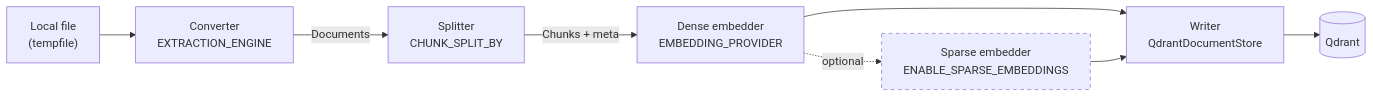
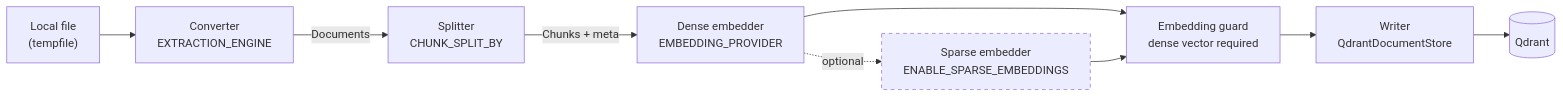
The second of 2 diagrams in README.md (AarhusAI/ingestion-service), drawn with Mermaid before and after one commit. The commit also changed other lines of this file and 12 other files, not shown here.

````diff
--- a/README.md
+++ b/README.md
@@ -54,13 +54,14 @@
 ```mermaid
 flowchart LR
   F["Local file<br/>(tempfile)"] --> C["Converter<br/>EXTRACTION_ENGINE"]
   C -->|Documents| S["Splitter<br/>CHUNK_SPLIT_BY"]
   S -->|Chunks + meta| DE["Dense embedder<br/>EMBEDDING_PROVIDER"]
   DE -.optional.-> SE["Sparse embedder<br/>ENABLE_SPARSE_EMBEDDINGS"]
-  DE --> W["Writer<br/>QdrantDocumentStore"]
-  SE --> W
+  DE --> G["Embedding guard<br/>dense vector required"]
+  SE --> G
+  G --> W["Writer<br/>QdrantDocumentStore"]
   W --> QD[("Qdrant")]
 
   classDef optional stroke-dasharray:5 5;
   class SE optional;
 ```
````
